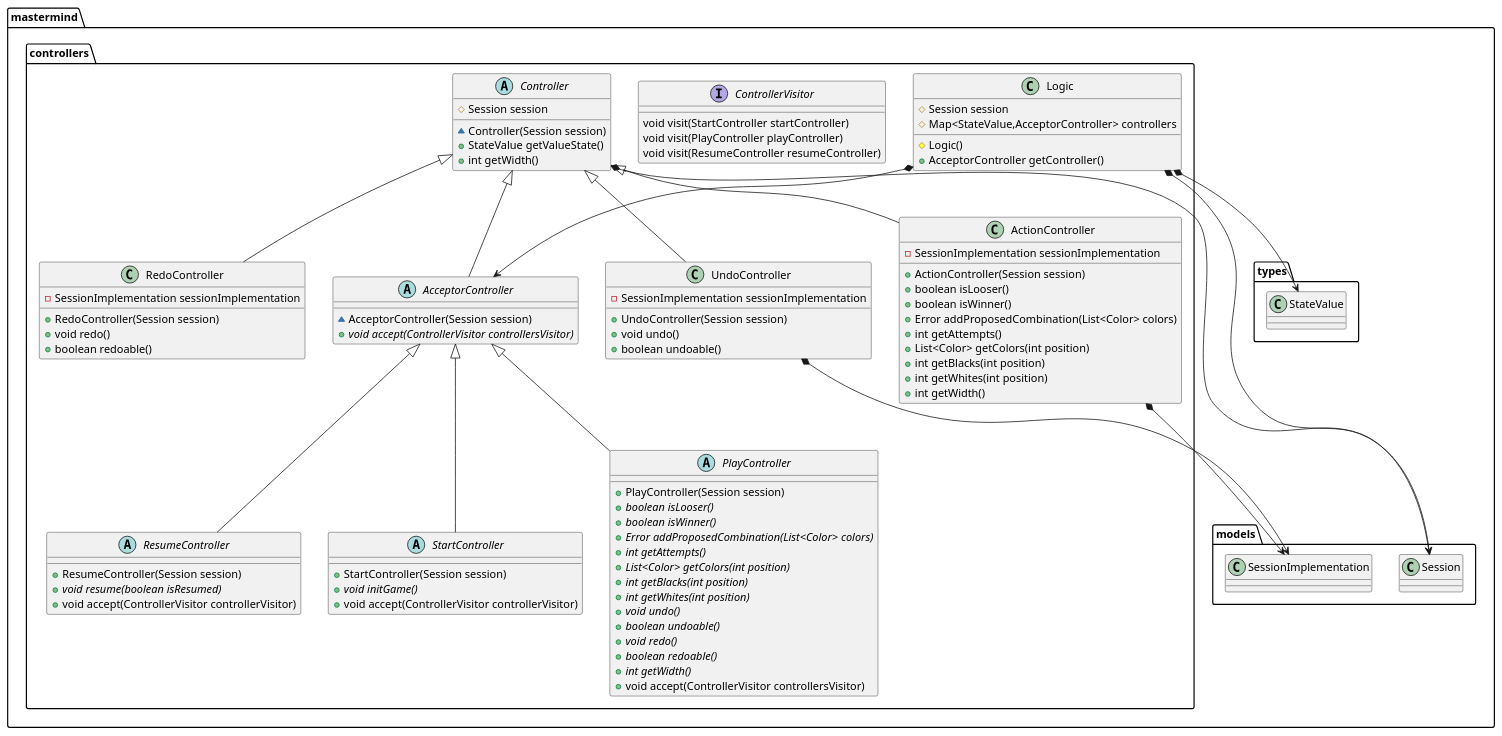
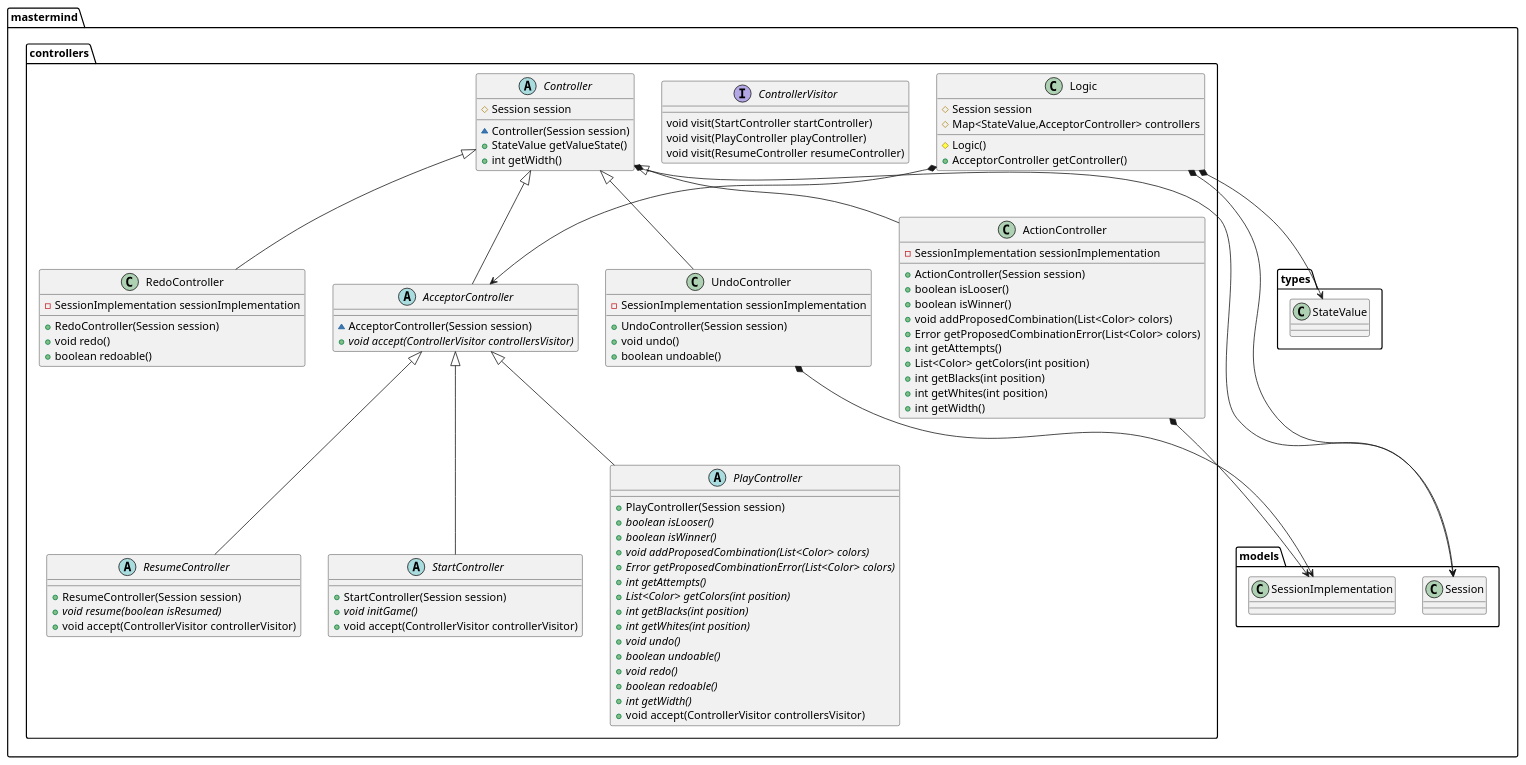
The diagram in docs/sources/paqueteMastermindControllers.iuml (jprieto92/mastermindClientServer), drawn with PlantUML before and after one commit. The commit also changed 18 other files, not shown here.

Commit message:
Update UML diagrams without use relationships

```diff
--- a/docs/sources/paqueteMastermindControllers.iuml
+++ b/docs/sources/paqueteMastermindControllers.iuml
@@ -1,97 +1,99 @@
 @startuml
 
 abstract class mastermind.controllers.AcceptorController [[java:jprieto.mastermind.controllers.AcceptorController]] {
 	~AcceptorController(Session session)
 	+{abstract}void accept(ControllerVisitor controllersVisitor)
 }
 mastermind.controllers.Controller <|-- mastermind.controllers.AcceptorController
 
 class mastermind.controllers.ActionController [[java:jprieto.mastermind.controllers.ActionController]] {
 	-SessionImplementation sessionImplementation
 	+ActionController(Session session)
 	+boolean isLooser()
 	+boolean isWinner()
-	+Error addProposedCombination(List<Color> colors)
+	+void addProposedCombination(List<Color> colors)
+	+Error getProposedCombinationError(List<Color> colors)
 	+int getAttempts()
 	+List<Color> getColors(int position)
 	+int getBlacks(int position)
 	+int getWhites(int position)
 	+int getWidth()
 }
 mastermind.controllers.Controller <|-- mastermind.controllers.ActionController
 mastermind.controllers.ActionController *-down-> mastermind.models.SessionImplementation
 
 abstract class mastermind.controllers.Controller [[java:jprieto.mastermind.controllers.Controller]] {
 	#Session session
 	~Controller(Session session)
 	+StateValue getValueState()
 	+int getWidth()
 }
 mastermind.controllers.Controller *-down-> mastermind.models.Session
 
 interface mastermind.controllers.ControllerVisitor [[java:jprieto.mastermind.controllers.ControllerVisitor]] {
 	void visit(StartController startController)
 	void visit(PlayController playController)
 	void visit(ResumeController resumeController)
 }
 
 class mastermind.controllers.Logic [[java:jprieto.mastermind.controllers.Logic]] {
 	#Session session
 	#Map<StateValue,AcceptorController> controllers
 	#Logic()
 	+AcceptorController getController()
 }
 mastermind.controllers.Logic *-down-> mastermind.models.Session
 mastermind.controllers.Logic *-down-> mastermind.types.StateValue
 mastermind.controllers.Logic *-down-> mastermind.controllers.AcceptorController
 
 abstract class mastermind.controllers.PlayController [[java:jprieto.mastermind.controllers.PlayController]] {
 	+PlayController(Session session)
 	+{abstract}boolean isLooser()
 	+{abstract}boolean isWinner()
-	+{abstract}Error addProposedCombination(List<Color> colors)
+	+{abstract}void addProposedCombination(List<Color> colors)
+	+{abstract}Error getProposedCombinationError(List<Color> colors)
 	+{abstract}int getAttempts()
 	+{abstract}List<Color> getColors(int position)
 	+{abstract}int getBlacks(int position)
 	+{abstract}int getWhites(int position)
 	+{abstract}void undo()
 	+{abstract}boolean undoable()
 	+{abstract}void redo()
 	+{abstract}boolean redoable()
 	+{abstract}int getWidth()
 	+void accept(ControllerVisitor controllersVisitor)
 }
 mastermind.controllers.AcceptorController <|-- mastermind.controllers.PlayController
 
 class mastermind.controllers.RedoController [[java:jprieto.mastermind.controllers.RedoController]] {
 	-SessionImplementation sessionImplementation
 	+RedoController(Session session)
 	+void redo()
 	+boolean redoable()
 }
 mastermind.controllers.Controller <|-- mastermind.controllers.RedoController
 
 abstract class mastermind.controllers.ResumeController [[java:jprieto.mastermind.controllers.ResumeController]] {
 	+ResumeController(Session session)
 	+{abstract}void resume(boolean isResumed)
 	+void accept(ControllerVisitor controllerVisitor)
 }
 mastermind.controllers.AcceptorController <|-- mastermind.controllers.ResumeController
 
 abstract class mastermind.controllers.StartController [[java:jprieto.mastermind.controllers.StartController]] {
 	+StartController(Session session)
 	+{abstract}void initGame()
 	+void accept(ControllerVisitor controllerVisitor)
 }
 mastermind.controllers.AcceptorController <|-- mastermind.controllers.StartController
 
 class mastermind.controllers.UndoController [[java:jprieto.mastermind.controllers.UndoController]] {
 	-SessionImplementation sessionImplementation
 	+UndoController(Session session)
 	+void undo()
 	+boolean undoable()
 }
 mastermind.controllers.Controller <|-- mastermind.controllers.UndoController
 mastermind.controllers.UndoController *-down-> mastermind.models.SessionImplementation
 
 @enduml
```
